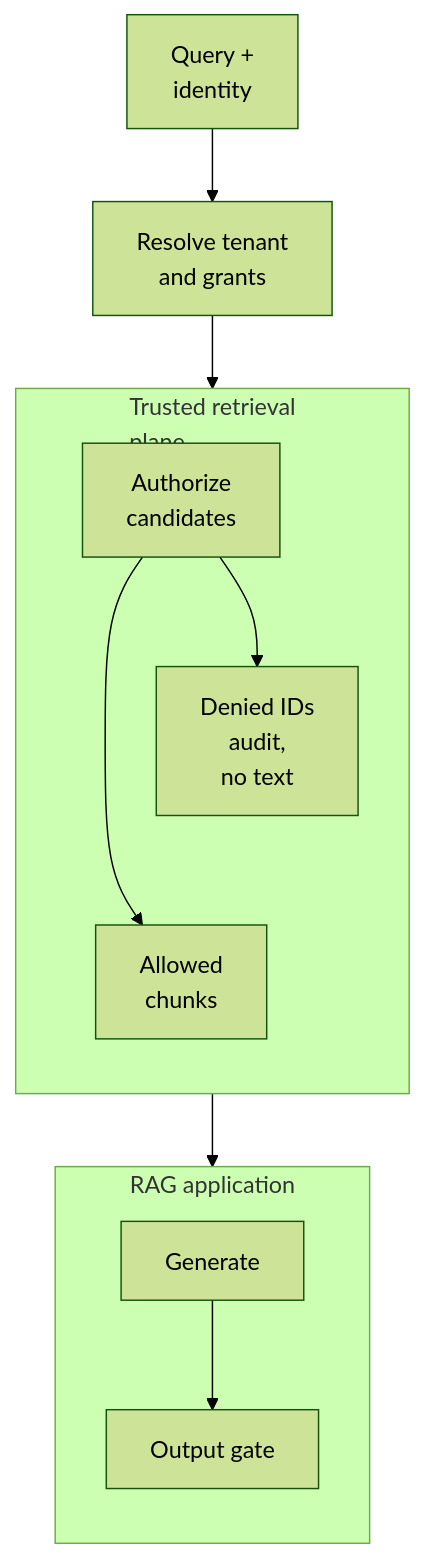
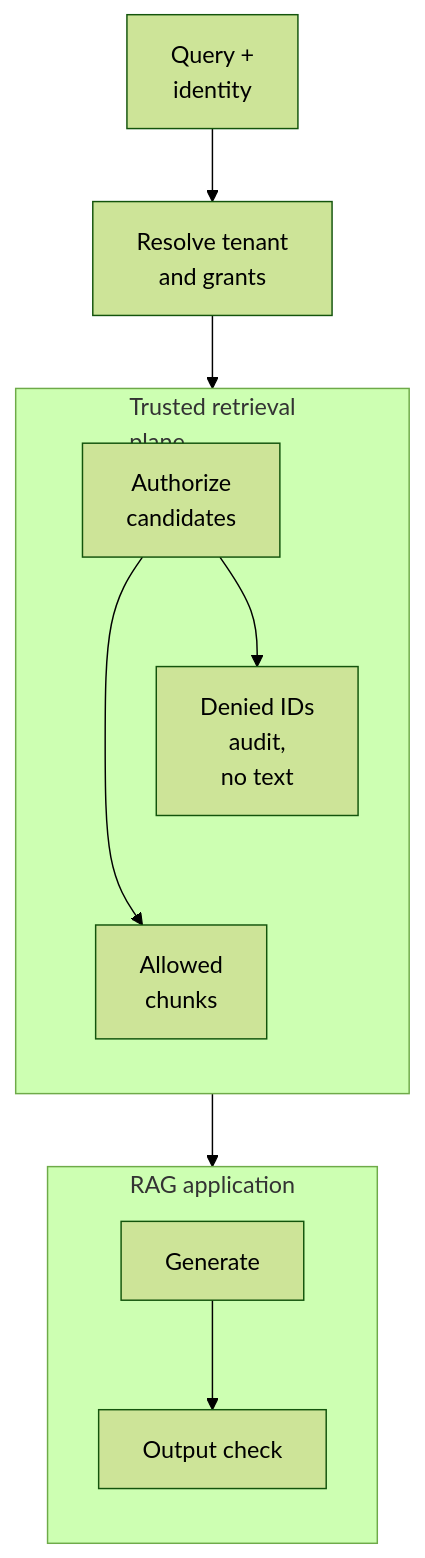
One commit to bvolpato/leetllm changed the diagram in web/src/content/retrieval/enterprise-rag-security-rbac-access-control/content.md. Above: the diagram before and after it, drawn with Mermaid (forest theme). The commit also changed other lines of this file and 23 other files, not shown here.

````diff
--- a/web/src/content/retrieval/enterprise-rag-security-rbac-access-control/content.md
+++ b/web/src/content/retrieval/enterprise-rag-security-rbac-access-control/content.md
@@ -219,21 +168,21 @@
 ```mermaid
 flowchart TB
   accTitle: Authorize evidence before export
-  accDescr: Authenticated identity resolves tenant and current grants. The trusted retrieval plane authorizes candidates before allowed text enters the application. Denied identifiers reach a restricted audit without text. Generation is followed by the output gate.
+  accDescr: Authenticated identity resolves tenant and current grants. The trusted retrieval plane authorizes candidates before allowed text enters the application. Denied identifiers reach a restricted audit without text. Generation is followed by the output check.
   Q["Query +<br/>identity"]:::secondary --> G["Resolve tenant<br/>and grants"]:::primary
   subgraph Store["Trusted retrieval<br/>plane"]
     direction TB
     C["Authorize<br/>candidates"]:::primary
     D["Allowed<br/>chunks"]:::success
     E["Denied IDs<br/>audit,<br/>no text"]:::danger
     C --> D
     C --> E
     E ~~~ D
   end
   subgraph App["RAG application"]
     direction TB
-    F["Generate"]:::accent --> O["Output gate"]:::warning
+    F["Generate"]:::accent --> O["Output check"]:::warning
   end
   G --> Store
   D --> App
 ```
````
